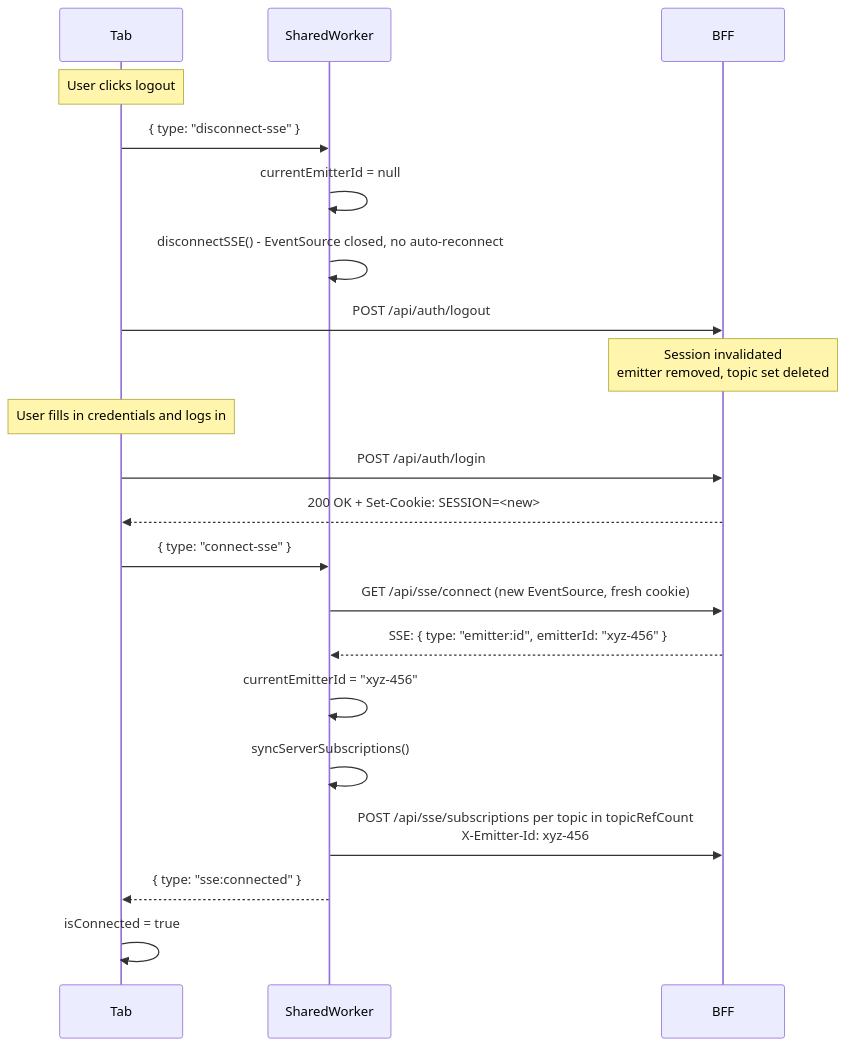
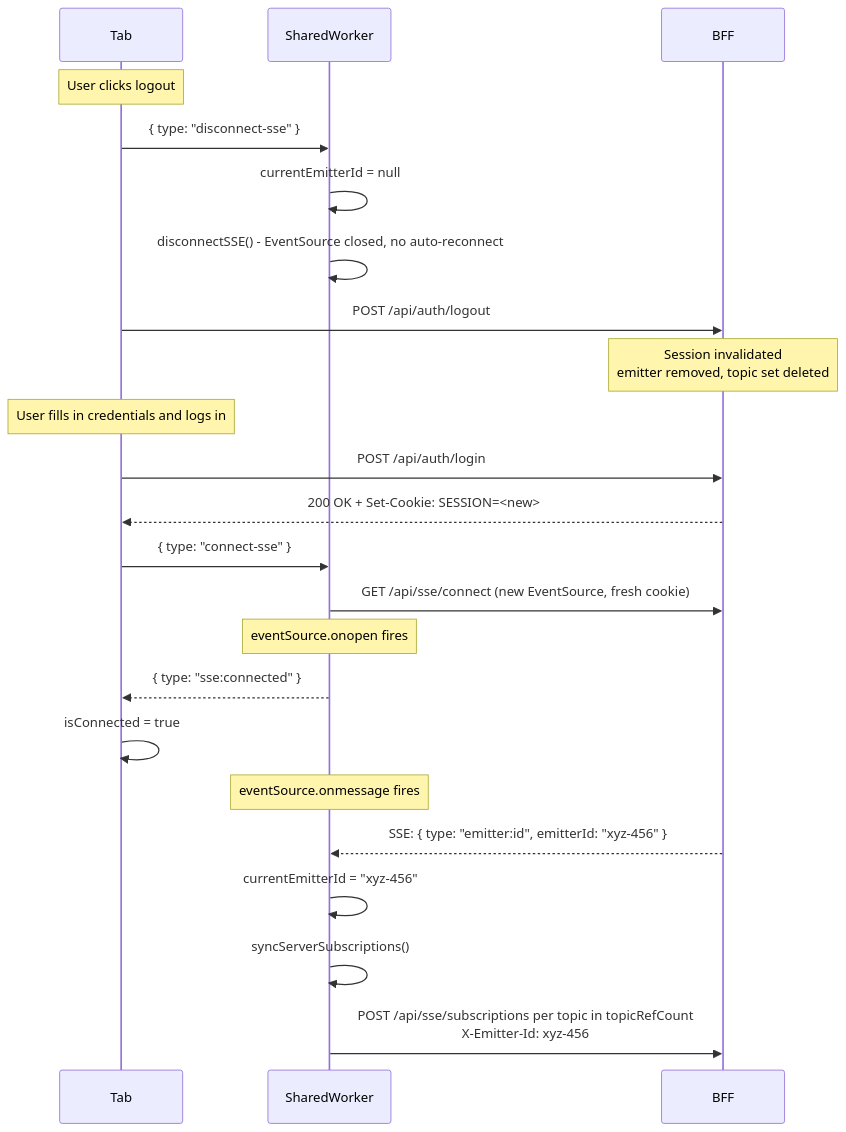
One commit to iarroyo/sse-demo changed the sixth of 7 diagrams in SSE-DIAGRAMS.md. Above: the diagram before and after it, drawn with Mermaid. The commit also changed other lines of this file and 1 other file, not shown here.

First line of the commit message:
docs(sse): fix onopen/onmessage ordering in diagrams and scenarios

````diff
--- a/SSE-DIAGRAMS.md
+++ b/SSE-DIAGRAMS.md
@@ -151,28 +155,31 @@
 ```mermaid
 sequenceDiagram
     participant Tab
     participant Worker as SharedWorker
     participant Server as BFF
 
     Note over Tab: User clicks logout
     Tab->>Worker: { type: "disconnect-sse" }
     Worker->>Worker: currentEmitterId = null
     Worker->>Worker: disconnectSSE() - EventSource closed, no auto-reconnect
 
     Tab->>Server: POST /api/auth/logout
     Note over Server: Session invalidated<br/>emitter removed, topic set deleted
 
     Note over Tab: User fills in credentials and logs in
     Tab->>Server: POST /api/auth/login
     Server-->>Tab: 200 OK + Set-Cookie: SESSION=<new>
 
     Tab->>Worker: { type: "connect-sse" }
     Worker->>Server: GET /api/sse/connect (new EventSource, fresh cookie)
+
+    Note over Worker: eventSource.onopen fires
+    Worker-->>Tab: { type: "sse:connected" }
+    Tab->>Tab: isConnected = true
+
+    Note over Worker: eventSource.onmessage fires
     Server-->>Worker: SSE: { type: "emitter:id", emitterId: "xyz-456" }
     Worker->>Worker: currentEmitterId = "xyz-456"
     Worker->>Worker: syncServerSubscriptions()
     Worker->>Server: POST /api/sse/subscriptions per topic in topicRefCount<br/>X-Emitter-Id: xyz-456
-
-    Worker-->>Tab: { type: "sse:connected" }
-    Tab->>Tab: isConnected = true
 ```
````
